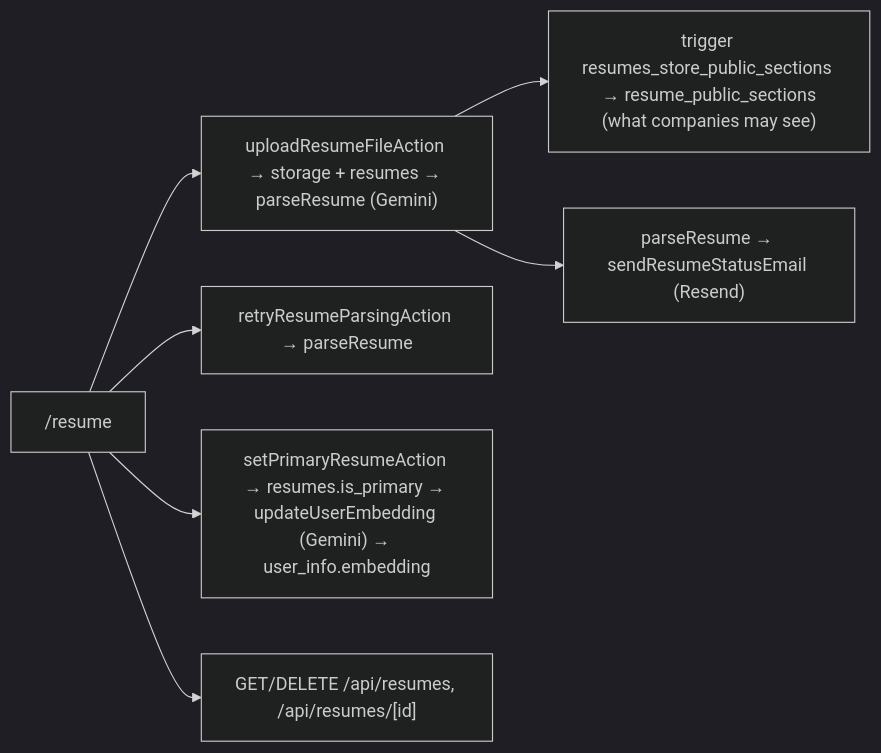
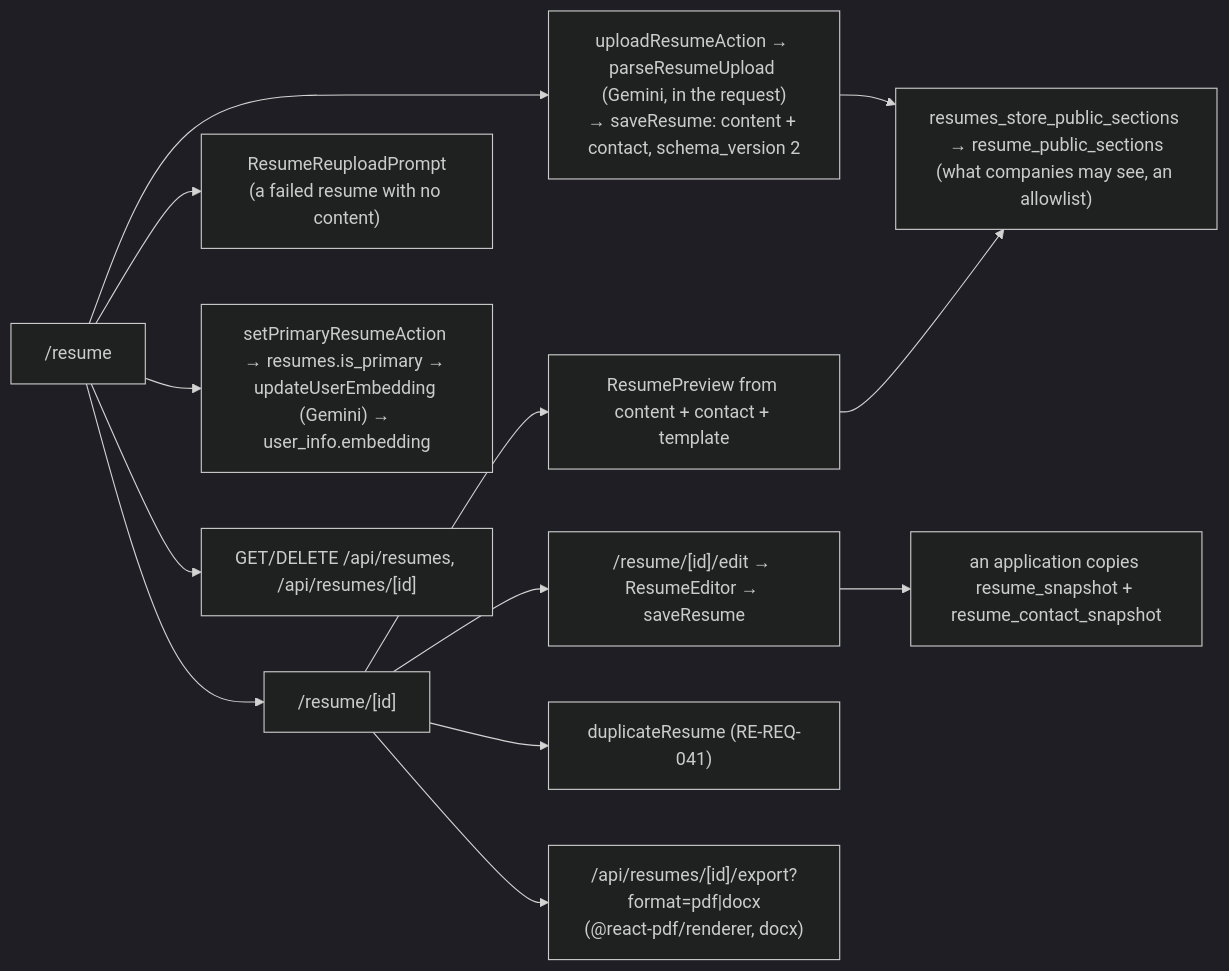
The sixth of 14 diagrams in docs/app-flows/02-applicant.md (kVarunkk/GetHired), drawn with Mermaid (dark theme) before and after one commit. The commit also changed other lines of this file and 192 other files, not shown here.

First line of the commit message:
feat(resume): structured resumes with an editor, exports and applied suggestions

````diff
--- a/docs/app-flows/02-applicant.md
+++ b/docs/app-flows/02-applicant.md
@@ -144,9 +146,15 @@
 ```mermaid
 flowchart LR
-  R["/resume"] --> UP["uploadResumeFileAction → storage + resumes → parseResume (Gemini)"]
-  R --> RT["retryResumeParsingAction → parseResume"]
+  R["/resume"] --> UP["uploadResumeAction → parseResumeUpload (Gemini, in the request)<br/>→ saveResume: content + contact, schema_version 2"]
+  R --> REUP["ResumeReuploadPrompt<br/>(a failed resume with no content)"]
   R --> PRIM["setPrimaryResumeAction → resumes.is_primary → updateUserEmbedding (Gemini) → user_info.embedding"]
   R --> API["GET/DELETE /api/resumes, /api/resumes/[id]"]
-  UP --> TRG["trigger resumes_store_public_sections → resume_public_sections<br/>(what companies may see)"]
-  UP --> EM["parseResume → sendResumeStatusEmail (Resend)"]
+  R --> DET["/resume/[id]"]
+  DET --> VIEW["ResumePreview from content + contact + template"]
+  DET --> EDIT["/resume/[id]/edit → ResumeEditor → saveResume"]
+  DET --> COPY["duplicateResume (RE-REQ-041)"]
+  DET --> EXP["/api/resumes/[id]/export?format=pdf|docx<br/>(@react-pdf/renderer, docx)"]
+  VIEW --> SNAP["resumes_store_public_sections → resume_public_sections<br/>(what companies may see, an allowlist)"]
+  UP --> SNAP
+  EDIT --> APP["an application copies resume_snapshot + resume_contact_snapshot"]
 ```
````
